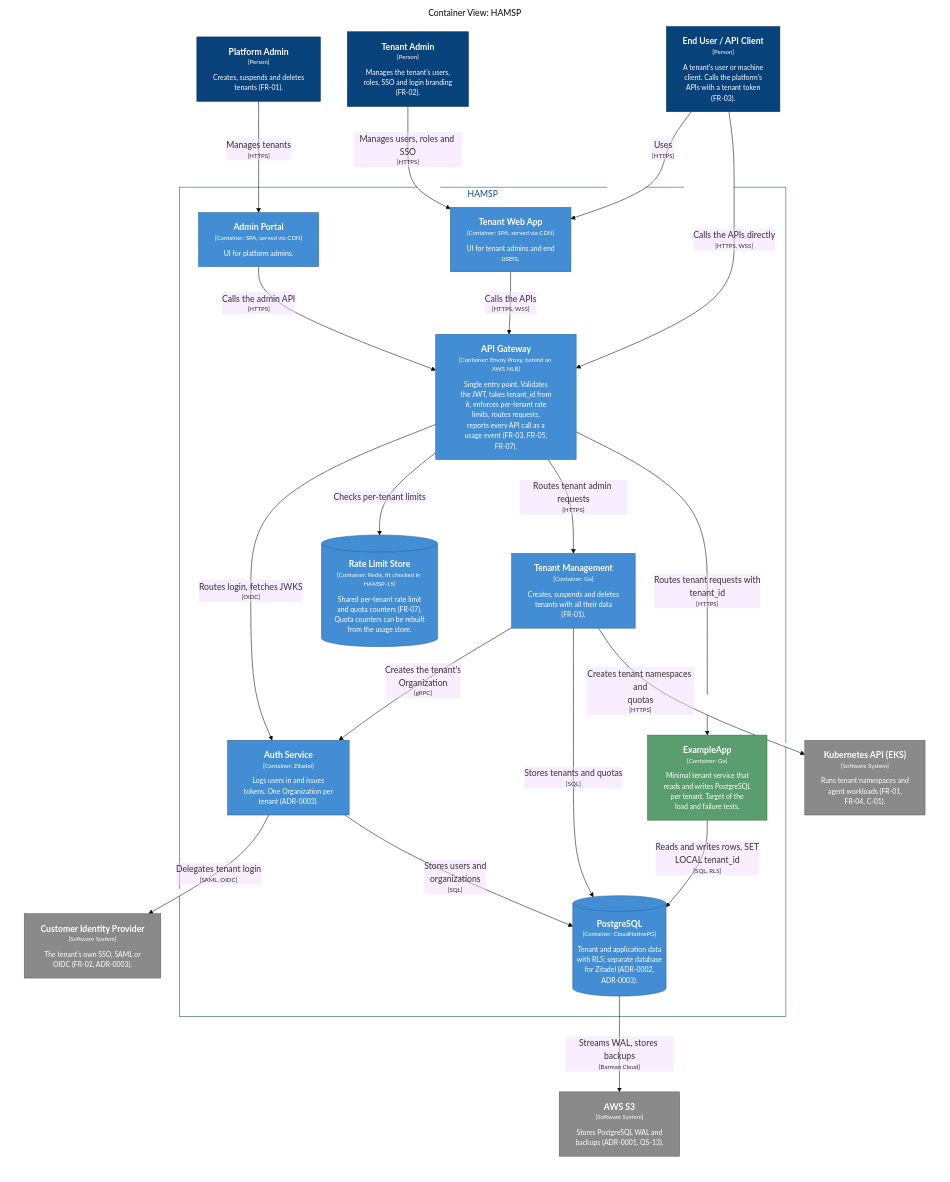
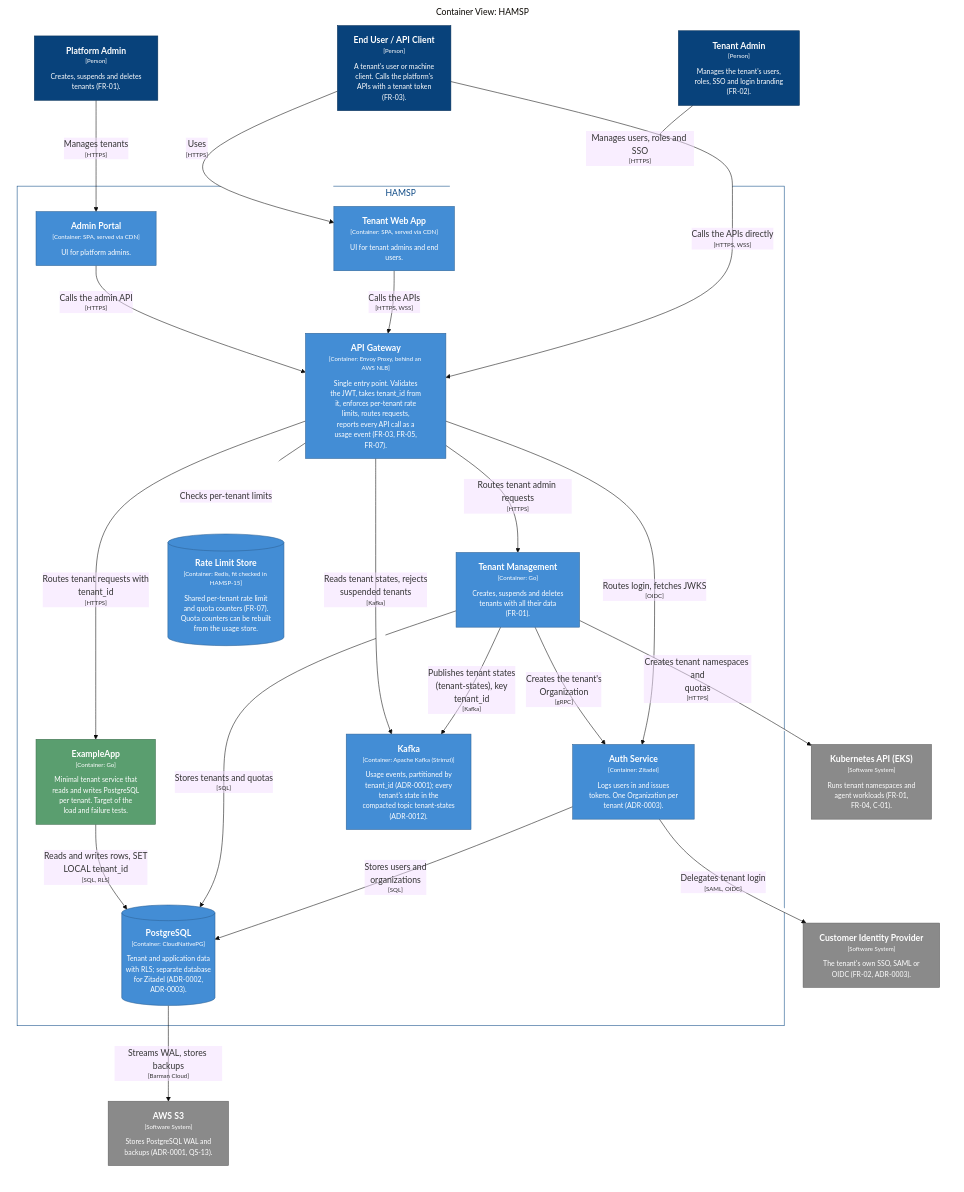
Before and after one commit to maksimillian1/ha-multitenant-saas-platform: the second of 6 diagrams in docs/architecture/c4/README.md, drawn with Mermaid (base theme). The commit also changed other lines of this file and 1 other file, not shown here.

Commit message:
HAMSP-52: C4 shows tenant states through Kafka

````diff
--- a/docs/architecture/c4/README.md
+++ b/docs/architecture/c4/README.md
@@ -61,61 +61,65 @@
 ```mermaid
 graph LR
   linkStyle default fill:#ffffff
 
   subgraph diagram ["Container View: HAMSP"]
     style diagram fill:#ffffff,stroke:#ffffff
 
     1["<div style='font-weight: bold'>Platform Admin</div><div style='font-size: 70%; margin-top: 0px'>[Person]</div><div style='font-size: 80%; margin-top:10px'>Creates, suspends and deletes<br />tenants (FR-01).</div>"]
     style 1 fill:#08427b,stroke:#052e56,color:#ffffff
     2["<div style='font-weight: bold'>Tenant Admin</div><div style='font-size: 70%; margin-top: 0px'>[Person]</div><div style='font-size: 80%; margin-top:10px'>Manages the tenant's users,<br />roles, SSO and login branding<br />(FR-02).</div>"]
     style 2 fill:#08427b,stroke:#052e56,color:#ffffff
     3["<div style='font-weight: bold'>End User / API Client</div><div style='font-size: 70%; margin-top: 0px'>[Person]</div><div style='font-size: 80%; margin-top:10px'>A tenant's user or machine<br />client. Calls the platform's<br />APIs with a tenant token<br />(FR-03).</div>"]
     style 3 fill:#08427b,stroke:#052e56,color:#ffffff
     21["<div style='font-weight: bold'>Customer Identity Provider</div><div style='font-size: 70%; margin-top: 0px'>[Software System]</div><div style='font-size: 80%; margin-top:10px'>The tenant's own SSO, SAML or<br />OIDC (FR-02, ADR-0003).</div>"]
     style 21 fill:#8a8a8a,stroke:#606060,color:#ffffff
     22["<div style='font-weight: bold'>Kubernetes API (EKS)</div><div style='font-size: 70%; margin-top: 0px'>[Software System]</div><div style='font-size: 80%; margin-top:10px'>Runs tenant namespaces and<br />agent workloads (FR-01,<br />FR-04, C-01).</div>"]
     style 22 fill:#8a8a8a,stroke:#606060,color:#ffffff
     23["<div style='font-weight: bold'>AWS S3</div><div style='font-size: 70%; margin-top: 0px'>[Software System]</div><div style='font-size: 80%; margin-top:10px'>Stores PostgreSQL WAL and<br />backups (ADR-0001, QS-13).</div>"]
     style 23 fill:#8a8a8a,stroke:#606060,color:#ffffff
 
     subgraph 4 ["HAMSP"]
       style 4 fill:#ffffff,stroke:#0b4884,color:#0b4884
 
       10["<div style='font-weight: bold'>ExampleApp</div><div style='font-size: 70%; margin-top: 0px'>[Container: Go]</div><div style='font-size: 80%; margin-top:10px'>Minimal tenant service that<br />reads and writes PostgreSQL<br />per tenant. Target of the<br />load and failure tests.</div>"]
       style 10 fill:#5a9e6f,stroke:#3e6e4d,color:#ffffff
       17[("<div style='font-weight: bold'>PostgreSQL</div><div style='font-size: 70%; margin-top: 0px'>[Container: CloudNativePG]</div><div style='font-size: 80%; margin-top:10px'>Tenant and application data<br />with RLS; separate database<br />for Zitadel (ADR-0002,<br />ADR-0003).</div>")]
       style 17 fill:#438dd5,stroke:#2e6295,color:#ffffff
+      18["<div style='font-weight: bold'>Kafka</div><div style='font-size: 70%; margin-top: 0px'>[Container: Apache Kafka (Strimzi)]</div><div style='font-size: 80%; margin-top:10px'>Usage events, partitioned by<br />tenant_id (ADR-0001); every<br />tenant's state in the<br />compacted topic tenant-states<br />(ADR-0012).</div>"]
+      style 18 fill:#438dd5,stroke:#2e6295,color:#ffffff
       20[("<div style='font-weight: bold'>Rate Limit Store</div><div style='font-size: 70%; margin-top: 0px'>[Container: Redis, fit checked in HAMSP-15]</div><div style='font-size: 80%; margin-top:10px'>Shared per-tenant rate limit<br />and quota counters (FR-07).<br />Quota counters can be rebuilt<br />from the usage store.</div>")]
       style 20 fill:#438dd5,stroke:#2e6295,color:#ffffff
       5["<div style='font-weight: bold'>Tenant Web App</div><div style='font-size: 70%; margin-top: 0px'>[Container: SPA, served via CDN]</div><div style='font-size: 80%; margin-top:10px'>UI for tenant admins and end<br />users.</div>"]
       style 5 fill:#438dd5,stroke:#2e6295,color:#ffffff
       6["<div style='font-weight: bold'>Admin Portal</div><div style='font-size: 70%; margin-top: 0px'>[Container: SPA, served via CDN]</div><div style='font-size: 80%; margin-top:10px'>UI for platform admins.</div>"]
       style 6 fill:#438dd5,stroke:#2e6295,color:#ffffff
       7["<div style='font-weight: bold'>API Gateway</div><div style='font-size: 70%; margin-top: 0px'>[Container: Envoy Proxy, behind an AWS NLB]</div><div style='font-size: 80%; margin-top:10px'>Single entry point. Validates<br />the JWT, takes tenant_id from<br />it, enforces per-tenant rate<br />limits, routes requests,<br />reports every API call as a<br />usage event (FR-03, FR-05,<br />FR-07).</div>"]
       style 7 fill:#438dd5,stroke:#2e6295,color:#ffffff
       8["<div style='font-weight: bold'>Auth Service</div><div style='font-size: 70%; margin-top: 0px'>[Container: Zitadel]</div><div style='font-size: 80%; margin-top:10px'>Logs users in and issues<br />tokens. One Organization per<br />tenant (ADR-0003).</div>"]
       style 8 fill:#438dd5,stroke:#2e6295,color:#ffffff
       9["<div style='font-weight: bold'>Tenant Management</div><div style='font-size: 70%; margin-top: 0px'>[Container: Go]</div><div style='font-size: 80%; margin-top:10px'>Creates, suspends and deletes<br />tenants with all their data<br />(FR-01).</div>"]
       style 9 fill:#438dd5,stroke:#2e6295,color:#ffffff
     end
 
     1-- "<div>Manages tenants</div><div style='font-size: 70%'>[HTTPS]</div>" -->6
     2-- "<div>Manages users, roles and SSO</div><div style='font-size: 70%'>[HTTPS]</div>" -->5
     3-- "<div>Uses</div><div style='font-size: 70%'>[HTTPS]</div>" -->5
     3-- "<div>Calls the APIs directly</div><div style='font-size: 70%'>[HTTPS, WSS]</div>" -->7
     5-- "<div>Calls the APIs</div><div style='font-size: 70%'>[HTTPS, WSS]</div>" -->7
     6-- "<div>Calls the admin API</div><div style='font-size: 70%'>[HTTPS]</div>" -->7
     7-- "<div>Routes login, fetches JWKS</div><div style='font-size: 70%'>[OIDC]</div>" -->8
     7-- "<div>Checks per-tenant limits</div><div style='font-size: 70%'></div>" -->20
     7-- "<div>Routes tenant admin requests</div><div style='font-size: 70%'>[HTTPS]</div>" -->9
     7-- "<div>Routes tenant requests with<br />tenant_id</div><div style='font-size: 70%'>[HTTPS]</div>" -->10
     8-- "<div>Delegates tenant login</div><div style='font-size: 70%'>[SAML, OIDC]</div>" -->21
     8-- "<div>Stores users and<br />organizations</div><div style='font-size: 70%'>[SQL]</div>" -->17
     9-- "<div>Creates the tenant's<br />Organization</div><div style='font-size: 70%'>[gRPC]</div>" -->8
     9-- "<div>Stores tenants and quotas</div><div style='font-size: 70%'>[SQL]</div>" -->17
     9-- "<div>Creates tenant namespaces and<br />quotas</div><div style='font-size: 70%'>[HTTPS]</div>" -->22
+    9-- "<div>Publishes tenant states<br />(tenant-states), key<br />tenant_id</div><div style='font-size: 70%'>[Kafka]</div>" -->18
+    7-- "<div>Reads tenant states, rejects<br />suspended tenants</div><div style='font-size: 70%'>[Kafka]</div>" -->18
     10-- "<div>Reads and writes rows, SET<br />LOCAL tenant_id</div><div style='font-size: 70%'>[SQL, RLS]</div>" -->17
     17-- "<div>Streams WAL, stores backups</div><div style='font-size: 70%'>[Barman Cloud]</div>" -->23
 
   end
 ```
````
